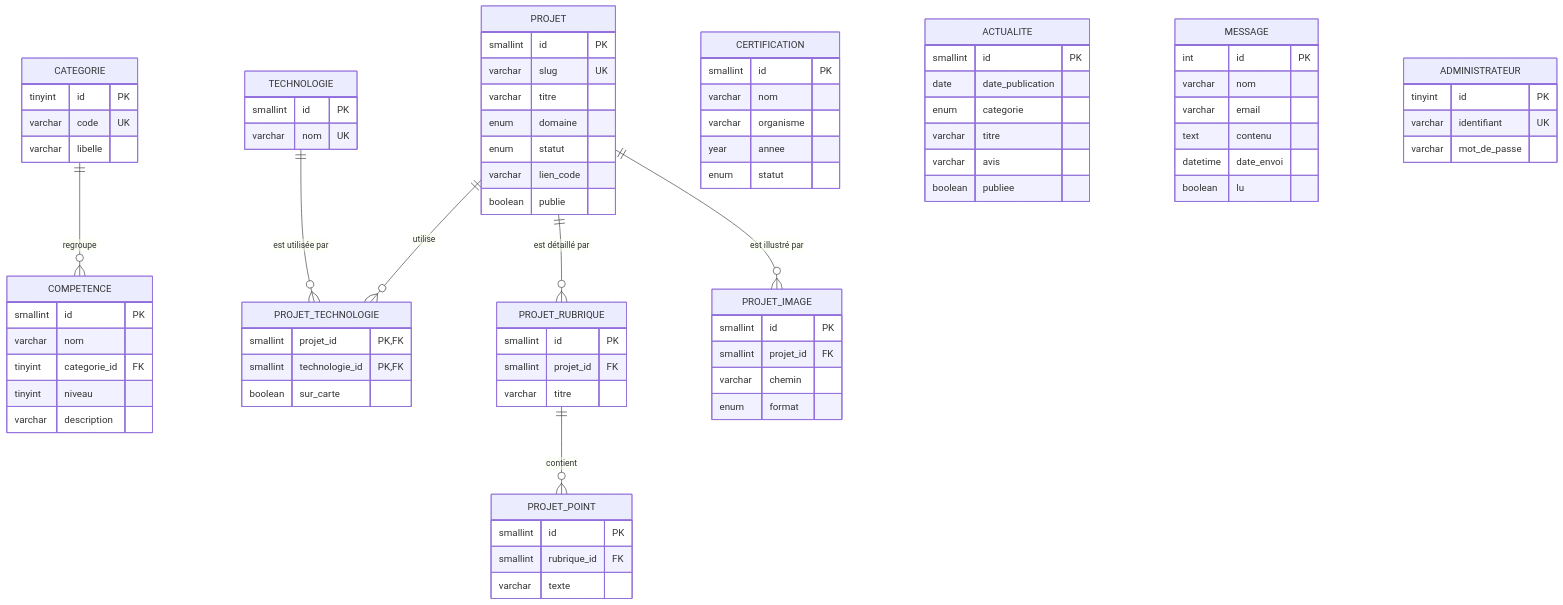
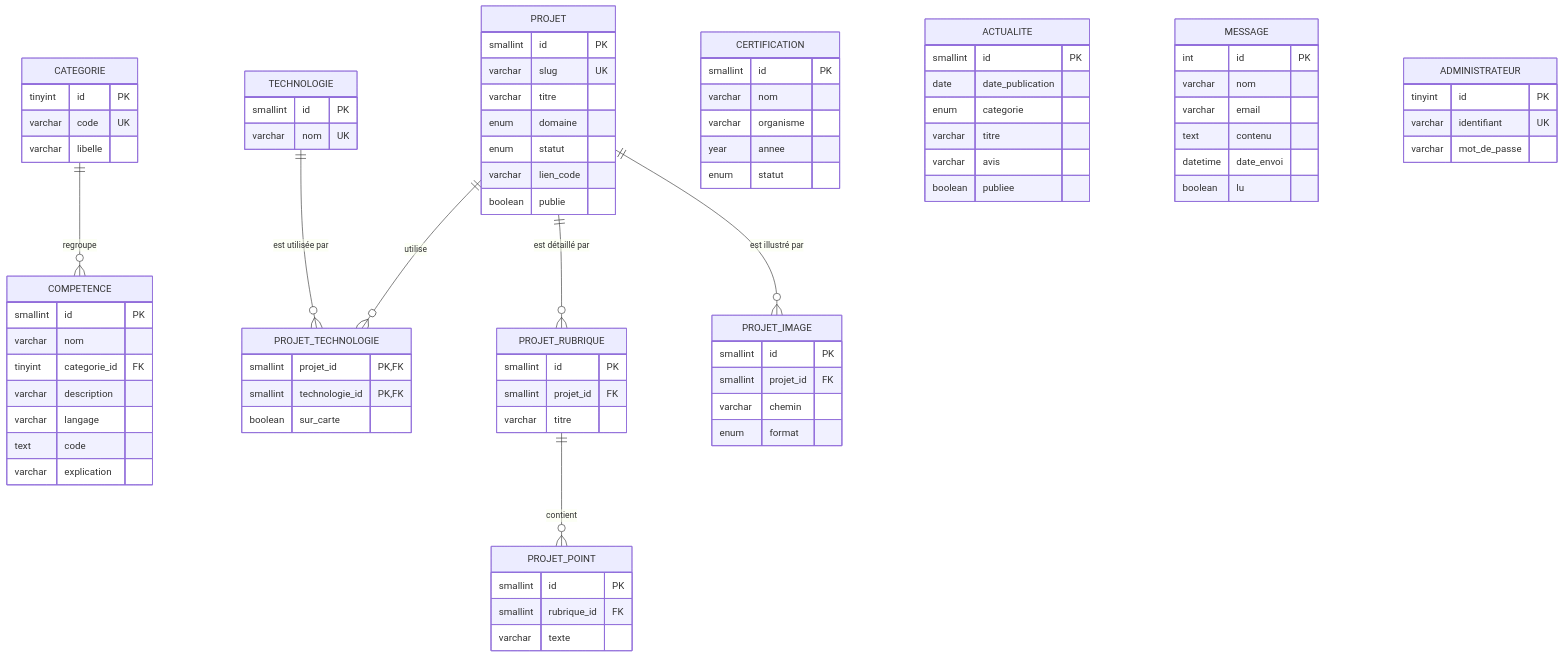
Before and after one commit to zixow/Projet_Portfolio: the diagram in README.md, drawn with Mermaid. The commit also changed other lines of this file and 9 other files, not shown here.

```diff
--- a/README.md
+++ b/README.md
@@ -88,8 +88,10 @@
         smallint id PK
         varchar nom
         tinyint categorie_id FK
-        tinyint niveau
         varchar description
+        varchar langage
+        text code
+        varchar explication
     }
     PROJET {
         smallint id PK
```
